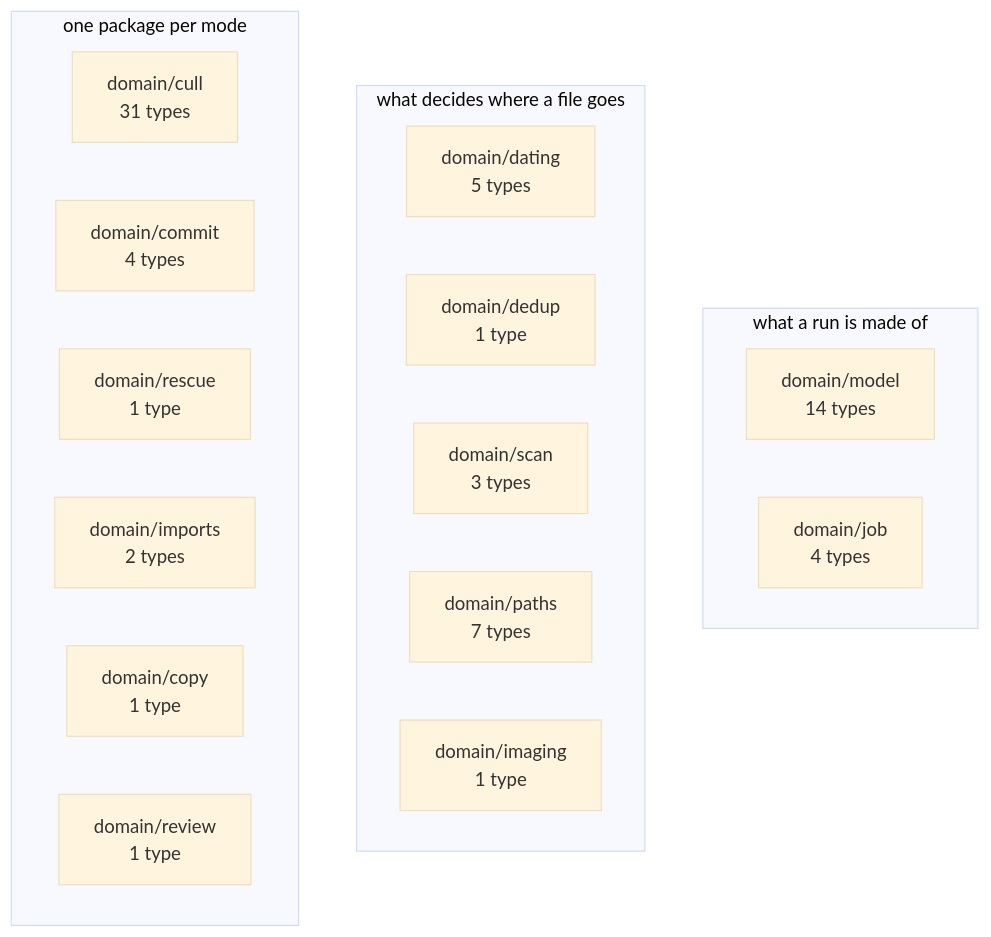
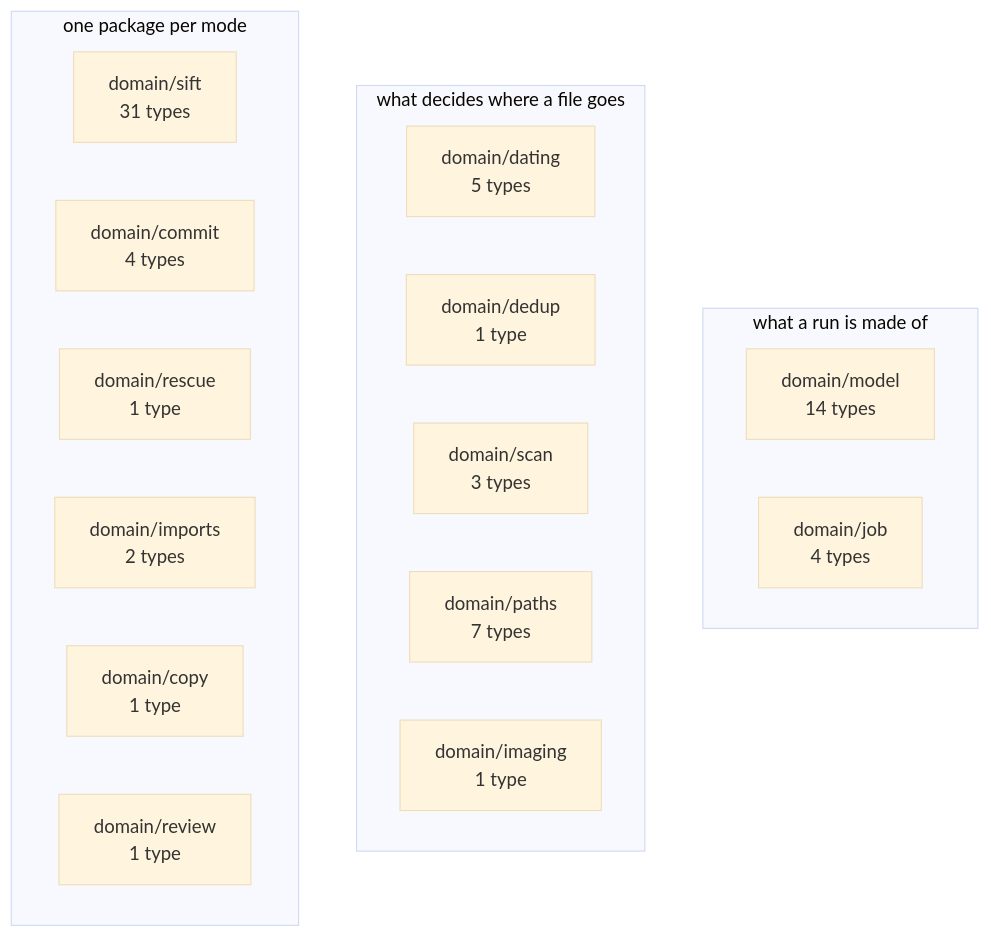
The second of 14 diagrams in app/docs/design/architecture.md (AdrianNachev91/sluice), drawn with Mermaid (base theme) before and after one commit. The commit also changed other lines of this file and 379 other files, not shown here.

First line of the commit message:
refactor(sift): cull becomes sift, and the vision port becomes a sieve

````diff
--- a/app/docs/design/architecture.md
+++ b/app/docs/design/architecture.md
@@ -68,24 +68,24 @@
 ```mermaid
 flowchart TB
     subgraph work[" what a run is made of "]
         MODEL["domain/model<br/>14 types"]
         JOB["domain/job<br/>4 types"]
     end
 
     subgraph rules[" what decides where a file goes "]
         DATING["domain/dating<br/>5 types"]
         DEDUP["domain/dedup<br/>1 type"]
         SCAN["domain/scan<br/>3 types"]
         PATHS["domain/paths<br/>7 types"]
         IMAGING["domain/imaging<br/>1 type"]
     end
 
     subgraph modes[" one package per mode "]
-        CULL["domain/cull<br/>31 types"]
+        SIFT["domain/sift<br/>31 types"]
         COMMIT["domain/commit<br/>4 types"]
         RESCUE["domain/rescue<br/>1 type"]
         IMPORTS["domain/imports<br/>2 types"]
         COPY["domain/copy<br/>1 type"]
         REVIEW["domain/review<br/>1 type"]
     end
 ```
````
